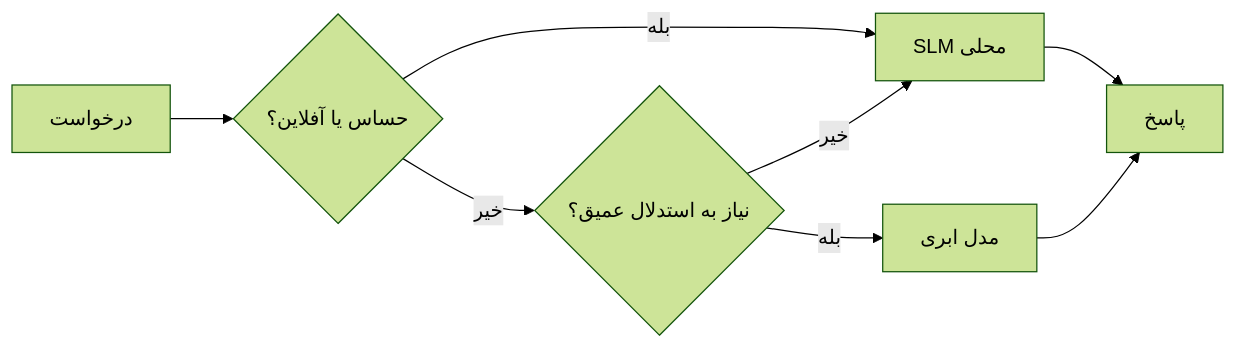
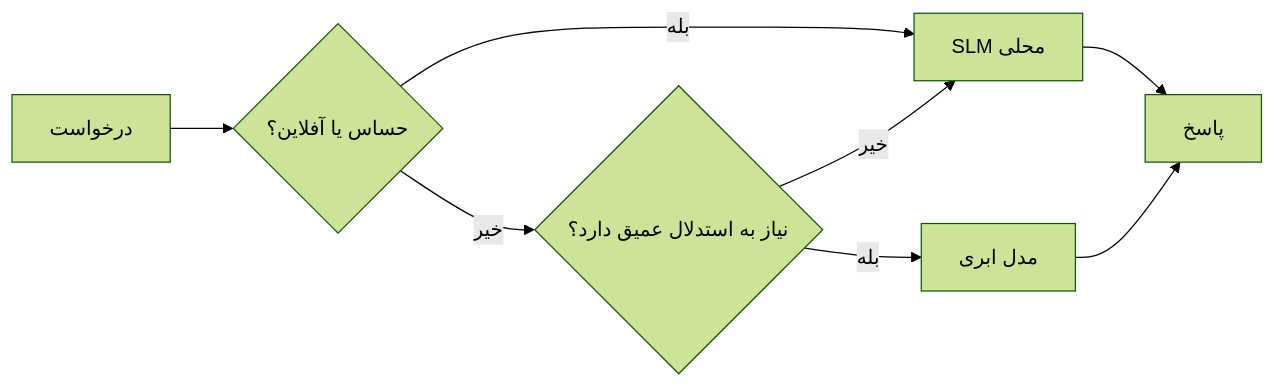
One commit to microsoft/ai-agents-for-beginners changed the fourth of 4 diagrams in translations/fa/17-creating-local-ai-agents/README.md. Above: the diagram before and after it, drawn with Mermaid (forest theme). The commit also changed other lines of this file and 47 other files, not shown here.

````diff
--- a/translations/fa/17-creating-local-ai-agents/README.md
+++ b/translations/fa/17-creating-local-ai-agents/README.md
@@ -156,10 +156,10 @@
 ```mermaid
 flowchart LR
     Q[درخواست] --> S{حساس یا آفلاین؟}
     S -->|بله| L[SLM محلی]
-    S -->|خیر| C{نیاز به استدلال عمیق؟}
+    S -->|خیر| C{نیاز به استدلال عمیق دارد؟}
     C -->|خیر| L
     C -->|بله| Cloud[مدل ابری]
     L --> Out[پاسخ]
     Cloud --> Out
 ```
````
